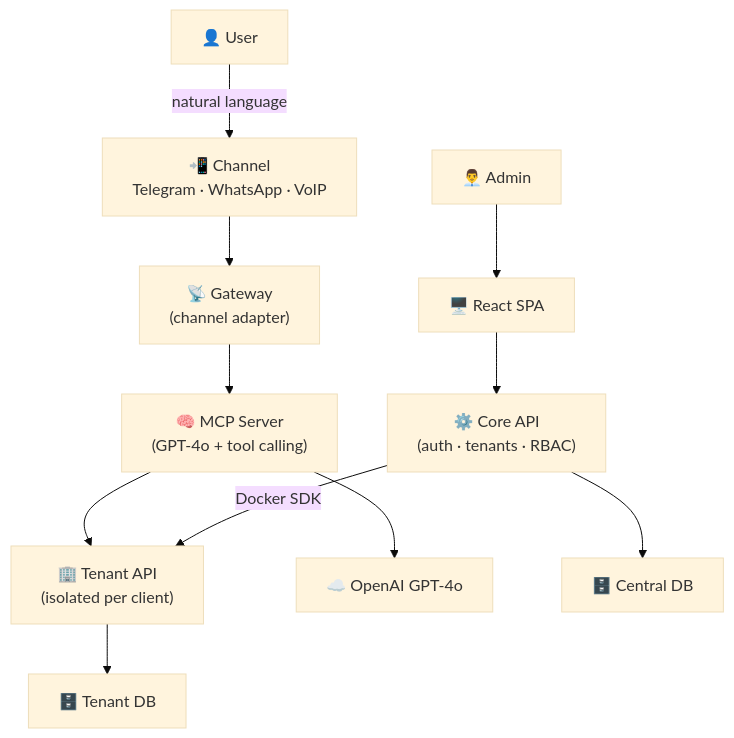
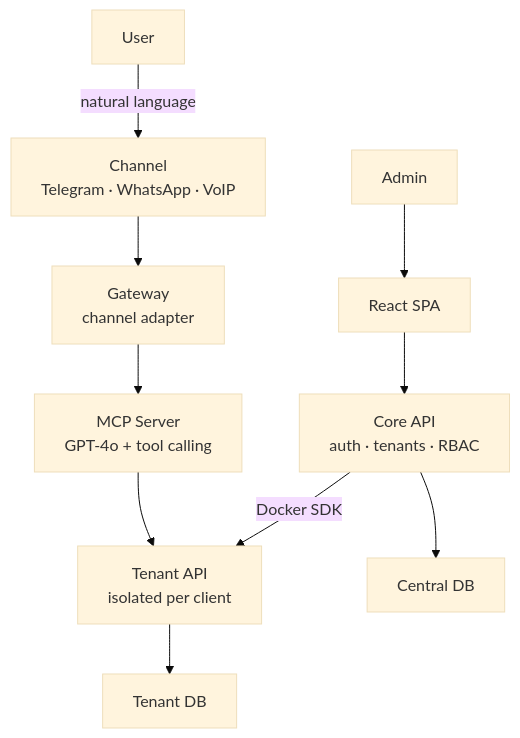
The second of 2 diagrams in README.md (lgomez15/lgomez15), drawn with Mermaid (base theme) before and after one commit. The commit also changed other lines of this file, not shown here.

````diff
--- a/README.md
+++ b/README.md
@@ -54,14 +120,12 @@
 ```mermaid
 graph TB
-    User["👤 User"] -->|natural language| CH["📲 Channel\nTelegram · WhatsApp · VoIP"]
-    CH --> GW["📡 Gateway\n(channel adapter)"]
-    GW --> MCP["🧠 MCP Server\n(GPT-4o + tool calling)"]
-    MCP --> TenantAPI["🏢 Tenant API\n(isolated per client)"]
-    TenantAPI --> TenantDB["🗄️ Tenant DB"]
-    MCP --> GPT["☁️ OpenAI GPT-4o"]
-
-    Admin["👨‍💼 Admin"] --> Frontend["🖥️ React SPA"]
-    Frontend --> Core["⚙️ Core API\n(auth · tenants · RBAC)"]
-    Core -->|Docker SDK| TenantAPI
-    Core --> CoreDB["🗄️ Central DB"]
+    User["User"] -->|natural language| CH["Channel<br/>Telegram · WhatsApp · VoIP"]
+    CH --> GW["Gateway<br/>channel adapter"]
+    GW --> MCP["MCP Server<br/>GPT-4o + tool calling"]
+    MCP --> TAPI["Tenant API<br/>isolated per client"]
+    TAPI --> TDB["Tenant DB"]
+    Admin["Admin"] --> FE["React SPA"]
+    FE --> Core["Core API<br/>auth · tenants · RBAC"]
+    Core -->|Docker SDK| TAPI
+    Core --> CDB["Central DB"]
 ```
````
